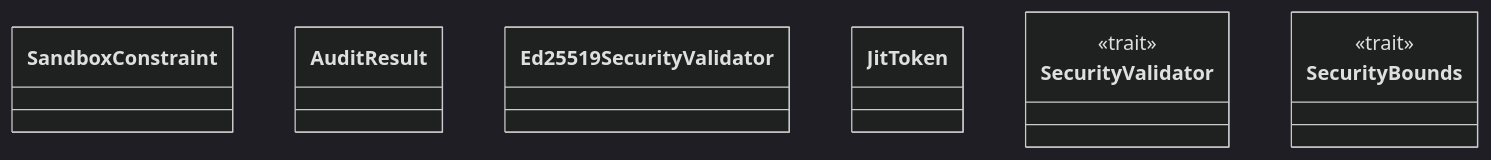
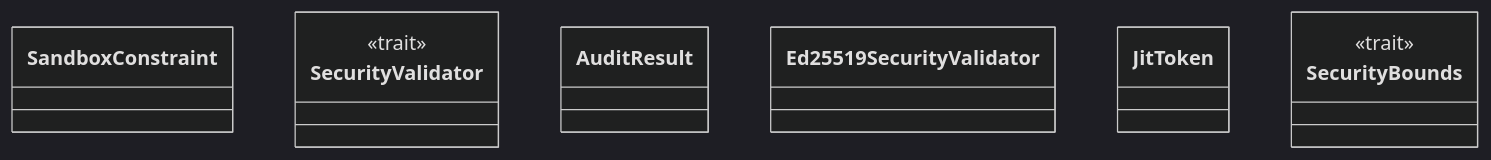
One commit to lgcorzo/rust_CACD_autonomous_factory changed the first of 2 diagrams in wiki/crates_factory-core_src_security.md. Above: the diagram before and after it, drawn with Mermaid (dark theme). The commit also changed other lines of this file and 58 other files, not shown here.

````diff
--- a/wiki/crates_factory-core_src_security.md
+++ b/wiki/crates_factory-core_src_security.md
@@ -16,13 +16,13 @@
 ```mermaid
 classDiagram
     class SandboxConstraint
+    class SecurityValidator {
+        <<trait>>
+    }
     class AuditResult
     class Ed25519SecurityValidator
     class JitToken
-    class SecurityValidator {
-        <<trait>>
-    }
     class SecurityBounds {
         <<trait>>
     }
 ```
````
